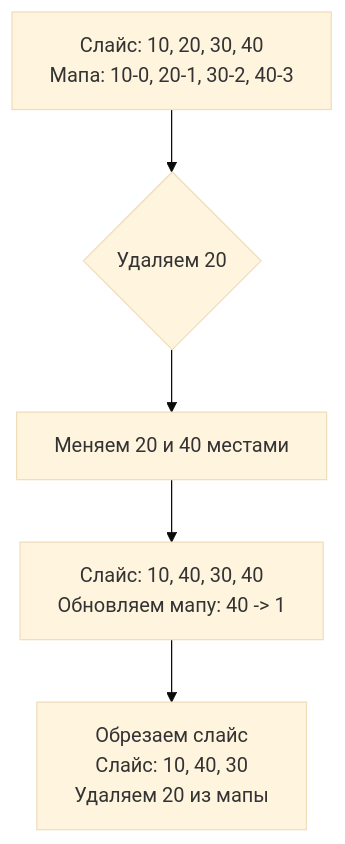
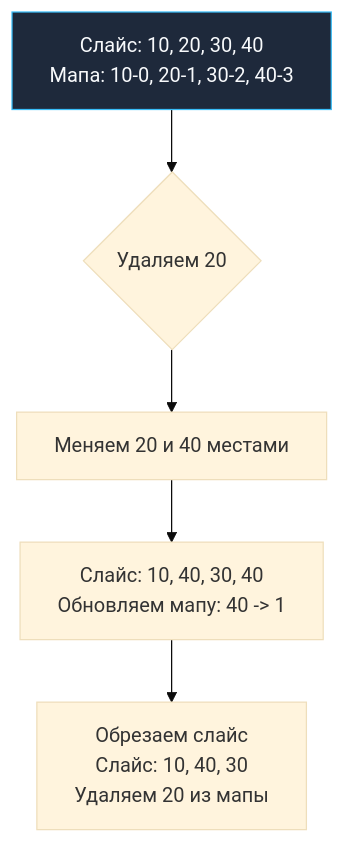
One commit to UnrealTemplier/go-textbook changed the diagram in sources/21. Задачи с LeetCode и собеседований на Go/02. Задачи/05. Хеш таблицы/9. Insert Delete GetRandom O1.md. Above: the diagram before and after it, drawn with Mermaid (base theme). The commit also changed 1666 other files, not shown here.

First line of the commit message:
feat(mermaid): add semantic color classDef to 1369 colorless flowchart/graph diagrams

````diff
--- a/sources/21. Задачи с LeetCode и собеседований на Go/02. Задачи/05. Хеш таблицы/9. Insert Delete GetRandom O1.md
+++ b/sources/21. Задачи с LeetCode и собеседований на Go/02. Задачи/05. Хеш таблицы/9. Insert Delete GetRandom O1.md
@@ -20,7 +20,17 @@
 ```mermaid
 flowchart TD
-    A["Слайс: 10, 20, 30, 40<br>Мапа: 10-0, 20-1, 30-2, 40-3"] --> B{"Удаляем 20"}
+    classDef process  fill:#1e293b,stroke:#38bdf8,stroke-width:1px,color:#f8fafc
+    classDef success  fill:#064e3b,stroke:#34d399,stroke-width:1px,color:#f8fafc
+    classDef error    fill:#7f1d1d,stroke:#f87171,stroke-width:1px,color:#f8fafc
+    classDef warning  fill:#78350f,stroke:#fbbf24,stroke-width:1px,color:#f8fafc
+    classDef entry    fill:#1e3a5f,stroke:#38bdf8,stroke-width:2px,color:#f8fafc
+    classDef aux      fill:#334155,stroke:#64748b,stroke-width:1px,color:#f8fafc
+    classDef system   fill:#312e81,stroke:#a78bfa,stroke-width:1px,color:#f8fafc
+    classDef data     fill:#132d29,stroke:#2dd4bf,stroke-width:1px,color:#f8fafc
+    classDef network  fill:#881337,stroke:#fb7185,stroke-width:1px,color:#f8fafc
+    classDef accent   fill:#1e1b4b,stroke:#818cf8,stroke-width:1px,color:#f8fafc
+    A["Слайс: 10, 20, 30, 40<br>Мапа: 10-0, 20-1, 30-2, 40-3"]:::process --> B{"Удаляем 20"}
     B --> C["Меняем 20 и 40 местами"]
     C --> D["Слайс: 10, 40, 30, 40<br>Обновляем мапу: 40 -> 1"]
     D --> E["Обрезаем слайс<br>Слайс: 10, 40, 30<br>Удаляем 20 из мапы"]
 ```
````
